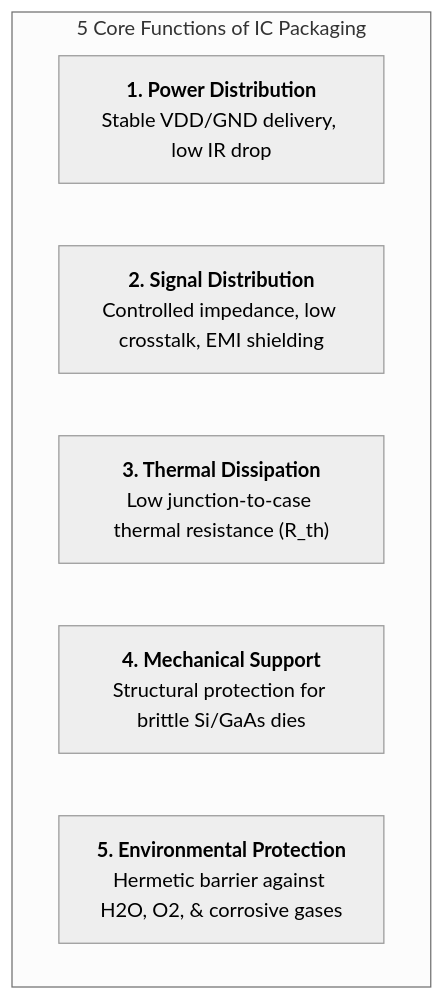
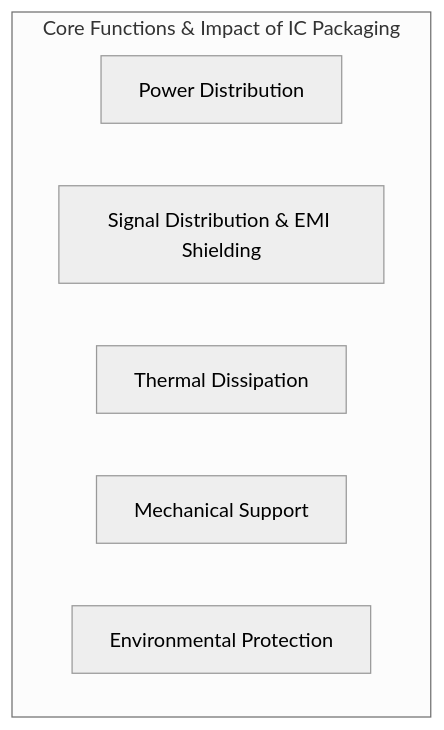
Before and after one commit to JeremyHow-source/Semiconductors: the first of 2 diagrams in Failure/IC_Packaging_Reliability_Notes.md, drawn with Mermaid (neutral theme). The commit also changed other lines of this file and 2 other files, not shown here.

Commit message:
Restructure reading notes into clean GitHub markdown format preserving 100% of original note text, tables, and visual diagrams

````diff
--- a/Failure/IC_Packaging_Reliability_Notes.md
+++ b/Failure/IC_Packaging_Reliability_Notes.md
@@ -7,10 +3,10 @@
 ```mermaid
 graph TD
-    subgraph Core_Functions["5 Core Functions of IC Packaging"]
-        F1["<b>1. Power Distribution</b><br/>Stable VDD/GND delivery, low IR drop"]
-        F2["<b>2. Signal Distribution</b><br/>Controlled impedance, low crosstalk, EMI shielding"]
-        F3["<b>3. Thermal Dissipation</b><br/>Low junction-to-case thermal resistance (R_th)"]
-        F4["<b>4. Mechanical Support</b><br/>Structural protection for brittle Si/GaAs dies"]
-        F5["<b>5. Environmental Protection</b><br/>Hermetic barrier against H2O, O2, & corrosive gases"]
+    subgraph Packaging_Role["Core Functions & Impact of IC Packaging"]
+        F1["Power Distribution"]
+        F2["Signal Distribution & EMI Shielding"]
+        F3["Thermal Dissipation"]
+        F4["Mechanical Support"]
+        F5["Environmental Protection"]
     end
 ```
````
